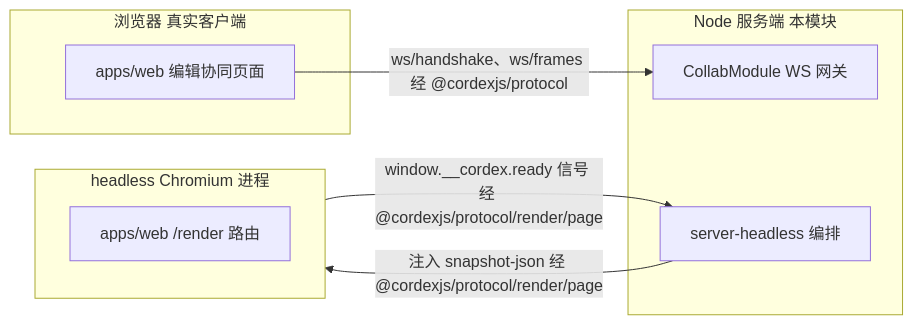
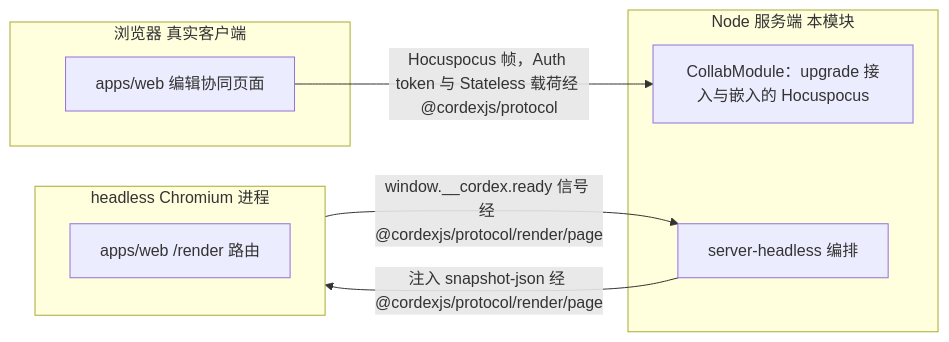
Before and after one commit to Xeonice/cordis-ppt-editor: diagram 11 of 11 in docs/40-modules/09-server-collab-gateway-and-headless-host.md, drawn with Mermaid. The commit also changed other lines of this file and 78 other files, not shown here.

````diff
--- a/docs/40-modules/09-server-collab-gateway-and-headless-host.md
+++ b/docs/40-modules/09-server-collab-gateway-and-headless-host.md
@@ -940,16 +994,16 @@
 ```mermaid
 flowchart LR
 subgraph browser["浏览器 真实客户端"]
   clientApp["apps/web 编辑协同页面"]
 end
 subgraph node["Node 服务端 本模块"]
-  gateway["CollabModule WS 网关"]
+  gateway["CollabModule：upgrade 接入与嵌入的 Hocuspocus"]
   headlessHost["server-headless 编排"]
 end
 subgraph chromium["headless Chromium 进程"]
   renderRoute["apps/web /render 路由"]
 end
-clientApp -- "ws/handshake、ws/frames 经 @cordexjs/protocol" --> gateway
+clientApp -- "Hocuspocus 帧，Auth token 与 Stateless 载荷经 @cordexjs/protocol" --> gateway
 headlessHost -- "注入 snapshot-json 经 @cordexjs/protocol/render/page" --> chromium
 chromium -- "window.__cordex.ready 信号 经 @cordexjs/protocol/render/page" --> headlessHost
 ```
````
